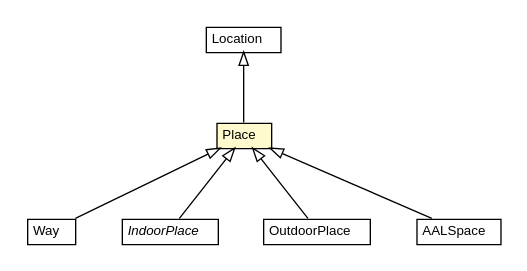
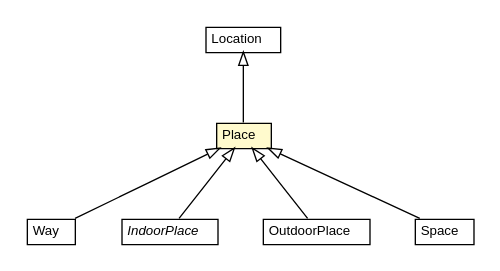
Before and after one commit to universAAL/ontology: the diagram in ont.pom/apidocs/org/universAAL/ontology/location/Place.dot, drawn with Graphviz. The commit also changed 1574 other files, not shown here.

```diff
--- a/ont.pom/apidocs/org/universAAL/ontology/location/Place.dot
+++ b/ont.pom/apidocs/org/universAAL/ontology/location/Place.dot
@@ -1,58 +1,58 @@
 #!/usr/local/bin/dot
 #
 # Class diagram 
 # Generated by UMLGraph version R5_6-24-gf6e263 (http://www.umlgraph.org/)
 #
 
 digraph G {
 	edge [fontname="Helvetica",fontsize=10,labelfontname="Helvetica",labelfontsize=10];
 	node [fontname="Helvetica",fontsize=10,shape=plaintext];
 	nodesep=0.25;
 	ranksep=0.5;
 	// org.universAAL.ontology.location.Way
-	c282588 [label=<<table title="org.universAAL.ontology.location.Way" border="0" cellborder="1" cellspacing="0" cellpadding="2" port="p" href="./Way.html">
+	c280180 [label=<<table title="org.universAAL.ontology.location.Way" border="0" cellborder="1" cellspacing="0" cellpadding="2" port="p" href="./Way.html">
 		<tr><td><table border="0" cellspacing="0" cellpadding="1">
 <tr><td align="center" balign="center"> Way </td></tr>
 		</table></td></tr>
 		</table>>, URL="./Way.html", fontname="Helvetica", fontcolor="black", fontsize=10.0];
 	// org.universAAL.ontology.location.Location
-	c282590 [label=<<table title="org.universAAL.ontology.location.Location" border="0" cellborder="1" cellspacing="0" cellpadding="2" port="p" href="./Location.html">
+	c280182 [label=<<table title="org.universAAL.ontology.location.Location" border="0" cellborder="1" cellspacing="0" cellpadding="2" port="p" href="./Location.html">
 		<tr><td><table border="0" cellspacing="0" cellpadding="1">
 <tr><td align="center" balign="center"> Location </td></tr>
 		</table></td></tr>
 		</table>>, URL="./Location.html", fontname="Helvetica", fontcolor="black", fontsize=10.0];
 	// org.universAAL.ontology.location.Place
-	c282591 [label=<<table title="org.universAAL.ontology.location.Place" border="0" cellborder="1" cellspacing="0" cellpadding="2" port="p" bgcolor="lemonChiffon" href="./Place.html">
+	c280183 [label=<<table title="org.universAAL.ontology.location.Place" border="0" cellborder="1" cellspacing="0" cellpadding="2" port="p" bgcolor="lemonChiffon" href="./Place.html">
 		<tr><td><table border="0" cellspacing="0" cellpadding="1">
 <tr><td align="center" balign="center"> Place </td></tr>
 		</table></td></tr>
 		</table>>, URL="./Place.html", fontname="Helvetica", fontcolor="black", fontsize=10.0];
 	// org.universAAL.ontology.location.indoor.IndoorPlace
-	c282605 [label=<<table title="org.universAAL.ontology.location.indoor.IndoorPlace" border="0" cellborder="1" cellspacing="0" cellpadding="2" port="p" href="./indoor/IndoorPlace.html">
+	c280197 [label=<<table title="org.universAAL.ontology.location.indoor.IndoorPlace" border="0" cellborder="1" cellspacing="0" cellpadding="2" port="p" href="./indoor/IndoorPlace.html">
 		<tr><td><table border="0" cellspacing="0" cellpadding="1">
 <tr><td align="center" balign="center"><font face="Helvetica-Oblique"> IndoorPlace </font></td></tr>
 		</table></td></tr>
 		</table>>, URL="./indoor/IndoorPlace.html", fontname="Helvetica", fontcolor="black", fontsize=10.0];
 	// org.universAAL.ontology.location.outdoor.OutdoorPlace
-	c282613 [label=<<table title="org.universAAL.ontology.location.outdoor.OutdoorPlace" border="0" cellborder="1" cellspacing="0" cellpadding="2" port="p" href="./outdoor/OutdoorPlace.html">
+	c280205 [label=<<table title="org.universAAL.ontology.location.outdoor.OutdoorPlace" border="0" cellborder="1" cellspacing="0" cellpadding="2" port="p" href="./outdoor/OutdoorPlace.html">
 		<tr><td><table border="0" cellspacing="0" cellpadding="1">
 <tr><td align="center" balign="center"> OutdoorPlace </td></tr>
 		</table></td></tr>
 		</table>>, URL="./outdoor/OutdoorPlace.html", fontname="Helvetica", fontcolor="black", fontsize=10.0];
-	// org.universAAL.ontology.profile.AALSpace
-	c282860 [label=<<table title="org.universAAL.ontology.profile.AALSpace" border="0" cellborder="1" cellspacing="0" cellpadding="2" port="p" href="../profile/AALSpace.html">
+	// org.universAAL.ontology.profile.Space
+	c280468 [label=<<table title="org.universAAL.ontology.profile.Space" border="0" cellborder="1" cellspacing="0" cellpadding="2" port="p" href="../profile/Space.html">
 		<tr><td><table border="0" cellspacing="0" cellpadding="1">
-<tr><td align="center" balign="center"> AALSpace </td></tr>
+<tr><td align="center" balign="center"> Space </td></tr>
 		</table></td></tr>
-		</table>>, URL="../profile/AALSpace.html", fontname="Helvetica", fontcolor="black", fontsize=10.0];
+		</table>>, URL="../profile/Space.html", fontname="Helvetica", fontcolor="black", fontsize=10.0];
 	//org.universAAL.ontology.location.Way extends org.universAAL.ontology.location.Place
-	c282591:p -> c282588:p [dir=back,arrowtail=empty];
+	c280183:p -> c280180:p [dir=back,arrowtail=empty];
 	//org.universAAL.ontology.location.Place extends org.universAAL.ontology.location.Location
-	c282590:p -> c282591:p [dir=back,arrowtail=empty];
+	c280182:p -> c280183:p [dir=back,arrowtail=empty];
 	//org.universAAL.ontology.location.indoor.IndoorPlace extends org.universAAL.ontology.location.Place
-	c282591:p -> c282605:p [dir=back,arrowtail=empty];
+	c280183:p -> c280197:p [dir=back,arrowtail=empty];
 	//org.universAAL.ontology.location.outdoor.OutdoorPlace extends org.universAAL.ontology.location.Place
-	c282591:p -> c282613:p [dir=back,arrowtail=empty];
-	//org.universAAL.ontology.profile.AALSpace extends org.universAAL.ontology.location.Place
-	c282591:p -> c282860:p [dir=back,arrowtail=empty];
+	c280183:p -> c280205:p [dir=back,arrowtail=empty];
+	//org.universAAL.ontology.profile.Space extends org.universAAL.ontology.location.Place
+	c280183:p -> c280468:p [dir=back,arrowtail=empty];
 }
```
